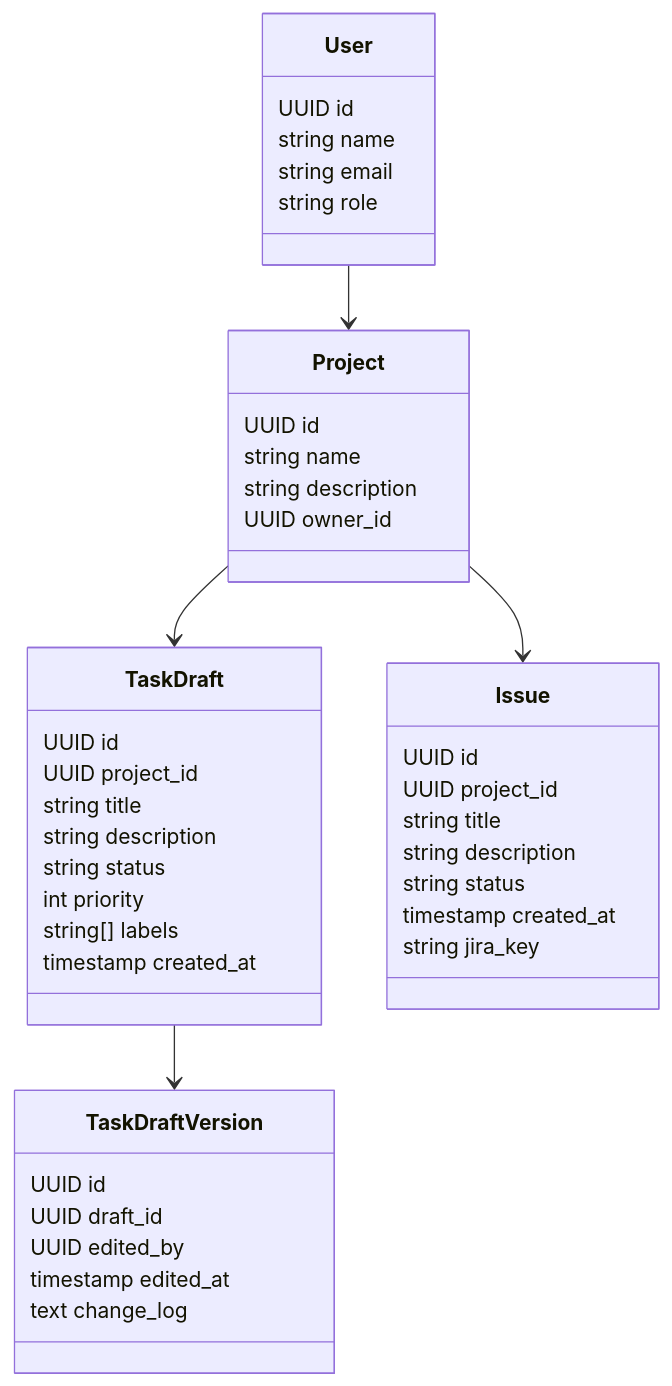
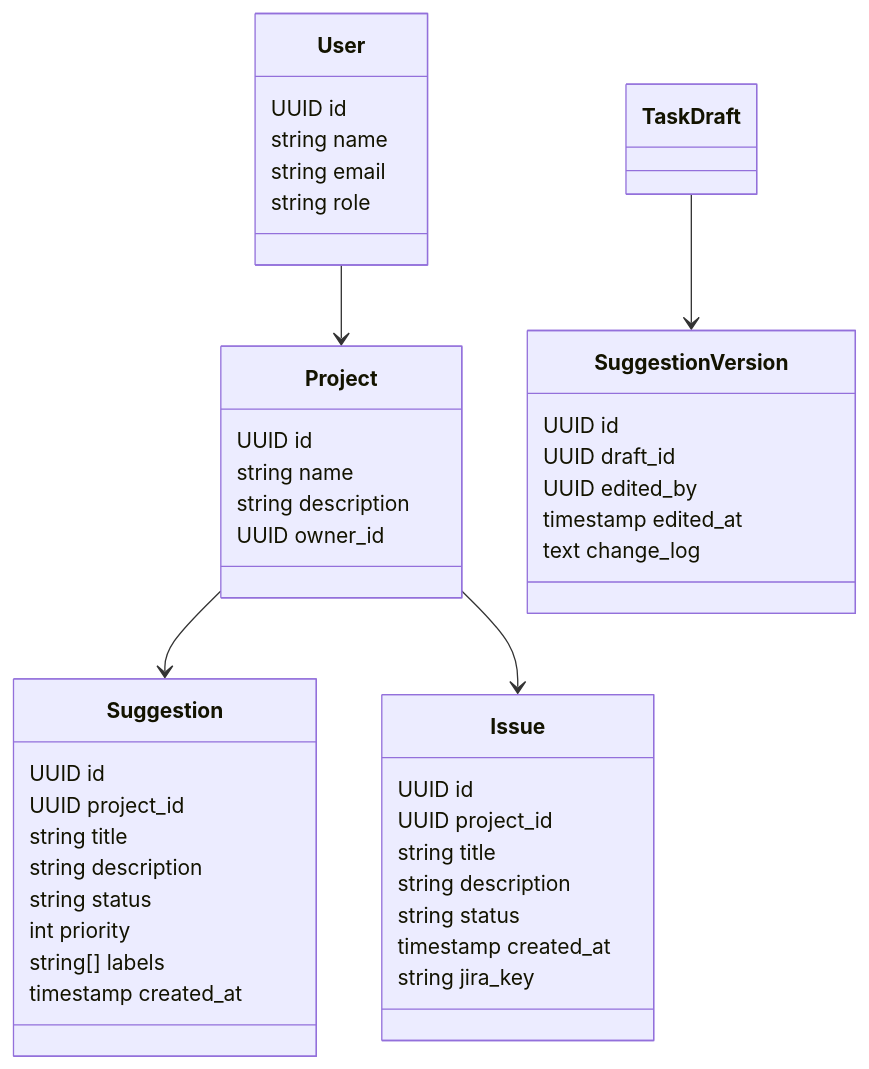
Before and after one commit to yousseam/CS485-P2: the second of 5 diagrams in Create dev-spec-3-ai-jira-issues.md, drawn with Mermaid. The commit also changed other lines of this file, not shown here.

Commit message:
Update Create dev-spec-3-ai-jira-issues.md

````diff
--- a/Create dev-spec-3-ai-jira-issues.md
+++ b/Create dev-spec-3-ai-jira-issues.md
@@ -55,51 +55,51 @@
 ``` mermaid
 
 classDiagram
     class User {
         UUID id
         string name
         string email
         string role
     }
 
     class Project {
         UUID id
         string name
         string description
         UUID owner_id
     }
 
-    class TaskDraft {
+    class Suggestion {
         UUID id
         UUID project_id
         string title
         string description
         string status
         int priority
         string[] labels
         timestamp created_at
     }
 
-    class TaskDraftVersion {
+    class SuggestionVersion {
         UUID id
         UUID draft_id
         UUID edited_by
         timestamp edited_at
         text change_log
     }
 
     class Issue {
         UUID id
         UUID project_id
         string title
         string description
         string status
         timestamp created_at
         string jira_key
     }
 
     User --> Project
-    Project --> TaskDraft
-    TaskDraft --> TaskDraftVersion
+    Project --> Suggestion
+    TaskDraft --> SuggestionVersion
     Project --> Issue
 ```
````
